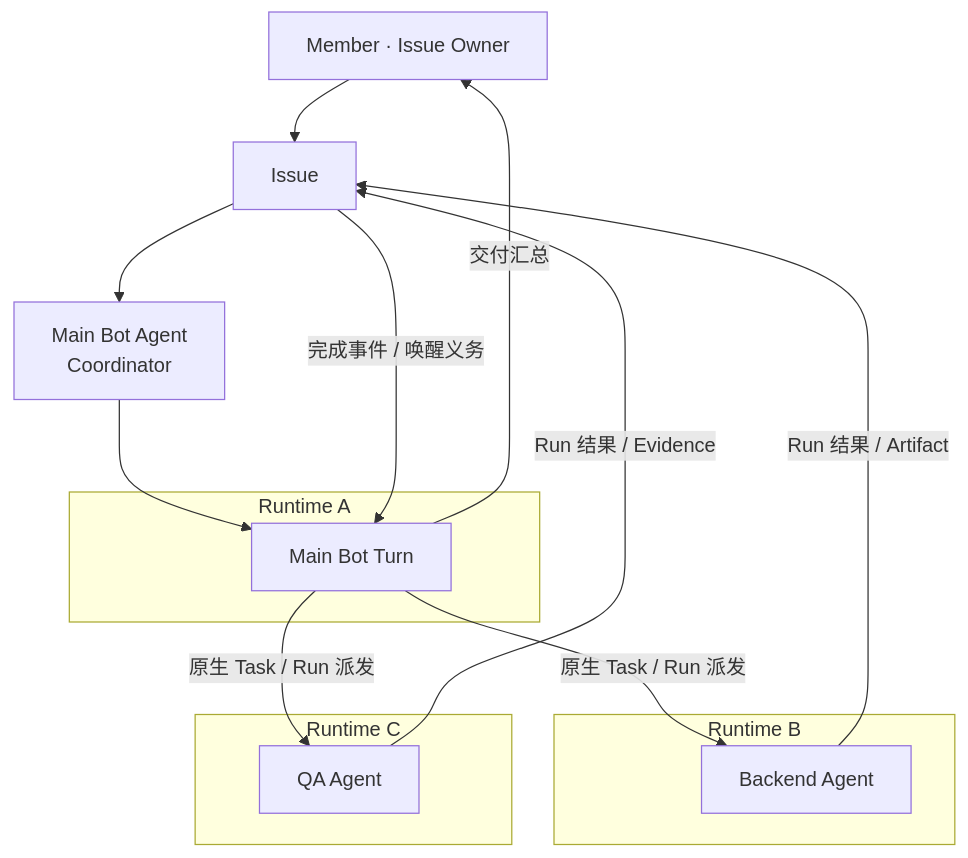
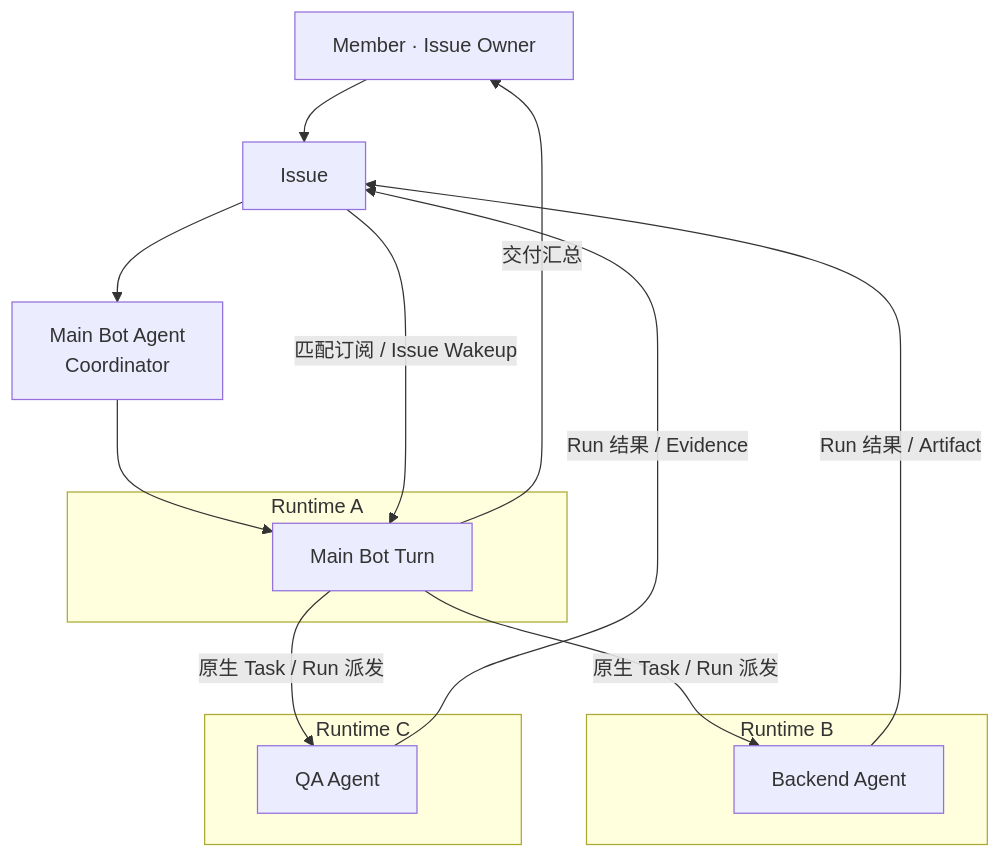
One commit to ScWen7/Issues changed the diagram in docs/research/mainbot-issue-operating-model.md. Above: the diagram before and after it, drawn with Mermaid. The commit also changed other lines of this file and 11 other files, not shown here.

Commit message:
docs: integrate Main Bot delegation, native issue wakeups and delivery lifecycle

````diff
--- a/docs/research/mainbot-issue-operating-model.md
+++ b/docs/research/mainbot-issue-operating-model.md
@@ -107,23 +100,23 @@
 ```mermaid
 flowchart TB
   Owner["Member · Issue Owner"]
   Issue["Issue"]
   MainBot["Main Bot Agent<br/>Coordinator"]
   subgraph RuntimeA["Runtime A"]
     MainTurn["Main Bot Turn"]
   end
   subgraph RuntimeB["Runtime B"]
     WorkerA["Backend Agent"]
   end
   subgraph RuntimeC["Runtime C"]
     WorkerB["QA Agent"]
   end
   Owner --> Issue --> MainBot
   MainBot --> MainTurn
   MainTurn -->|"原生 Task / Run 派发"| WorkerA
   MainTurn -->|"原生 Task / Run 派发"| WorkerB
   WorkerA -->|"Run 结果 / Artifact"| Issue
   WorkerB -->|"Run 结果 / Evidence"| Issue
-  Issue -->|"完成事件 / 唤醒义务"| MainTurn
+  Issue -->|"匹配订阅 / Issue Wakeup"| MainTurn
   MainTurn -->|"交付汇总"| Owner
 ```
````
